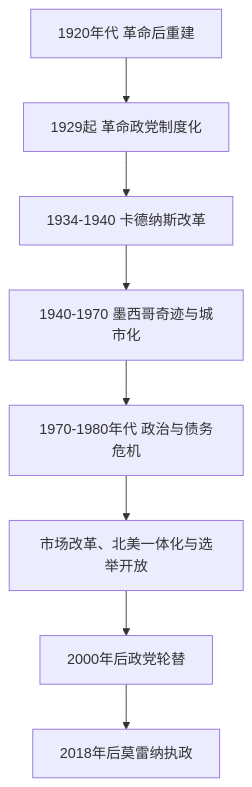
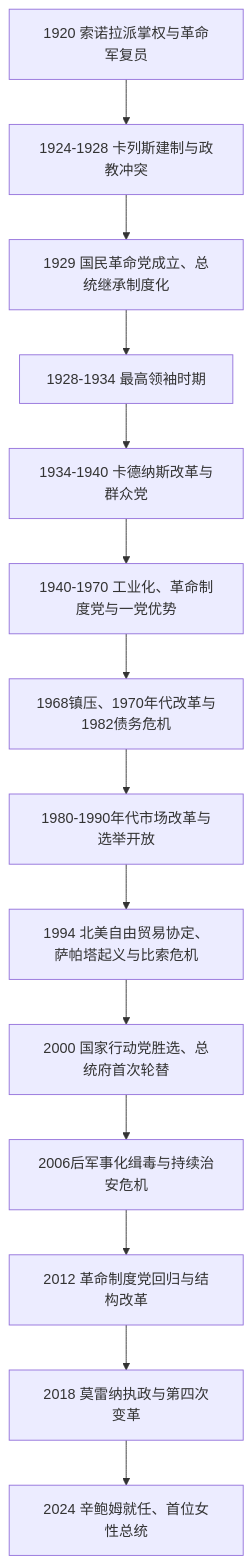
Before and after one commit to tianlan-dev/learning-notes: the diagram in 人文科学/历史/美洲/北美/墨西哥/革命后国家与当代墨西哥.md, drawn with Mermaid. The commit also changed other lines of this file and 1417 other files, not shown here.

````diff
--- a/人文科学/历史/美洲/北美/墨西哥/革命后国家与当代墨西哥.md
+++ b/人文科学/历史/美洲/北美/墨西哥/革命后国家与当代墨西哥.md
@@ -18,10 +19,16 @@
 ```mermaid
 flowchart TD
-    Reconstruction["1920年代 革命后重建"] --> PartyState["1929起 革命政党制度化"]
-    PartyState --> Cardenas["1934-1940 卡德纳斯改革"]
-    Cardenas --> Miracle["1940-1970 墨西哥奇迹与城市化"]
-    Miracle --> Crisis["1970-1980年代 政治与债务危机"]
-    Crisis --> Market["市场改革、北美一体化与选举开放"]
-    Market --> Alternation["2000年后政党轮替"]
-    Alternation --> Morena["2018年后莫雷纳执政"]
+    Sonora["1920 索诺拉派掌权与革命军复员"] --> Calles["1924-1928 卡列斯建制与政教冲突"]
+    Calles --> PNR["1929 国民革命党成立、总统继承制度化"]
+    PNR --> Maximato["1928-1934 最高领袖时期"]
+    Maximato --> Cardenas["1934-1940 卡德纳斯改革与群众党"]
+    Cardenas --> PRI["1940-1970 工业化、革命制度党与一党优势"]
+    PRI --> Crisis["1968镇压、1970年代改革与1982债务危机"]
+    Crisis --> Liberalization["1980-1990年代市场改革与选举开放"]
+    Liberalization --> NAFTA["1994 北美自由贸易协定、萨帕塔起义与比索危机"]
+    NAFTA --> Alternation["2000 国家行动党胜选、总统府首次轮替"]
+    Alternation --> Security["2006后军事化缉毒与持续治安危机"]
+    Security --> PRIReturn["2012 革命制度党回归与结构改革"]
+    PRIReturn --> Morena["2018 莫雷纳执政与第四次变革"]
+    Morena --> Sheinbaum["2024 辛鲍姆就任、首位女性总统"]
 ```
````
